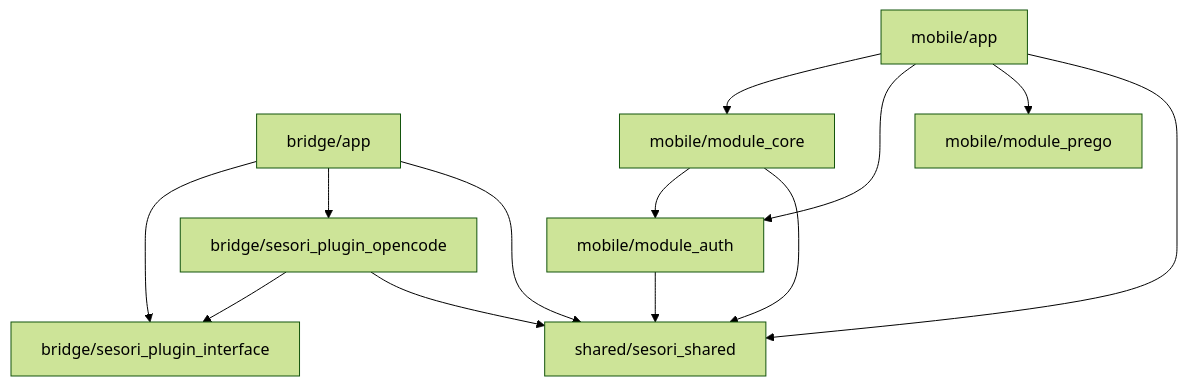
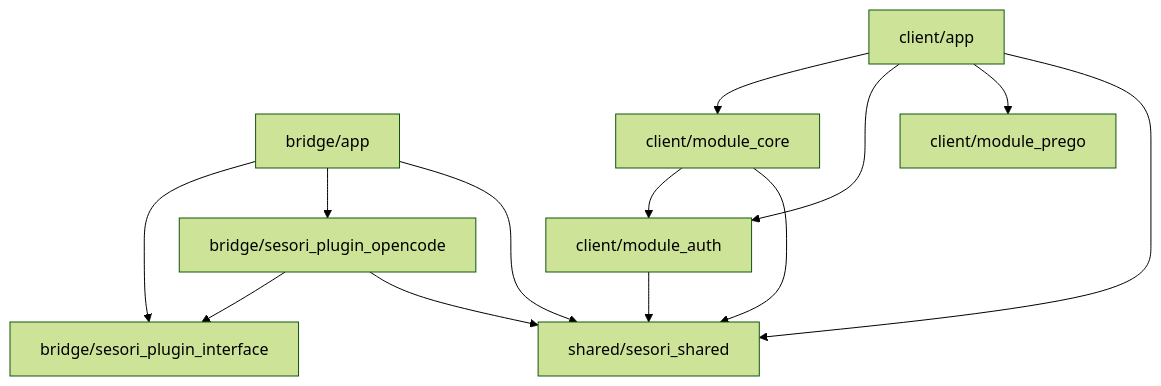
Before and after one commit to sesori-ai/sesori_apps_monorepo: the first of 2 diagrams in README.md, drawn with Mermaid (forest theme). The commit also changed other lines of this file and 671 other files, not shown here.

First line of the commit message:
chore: rename mobile/ workspace to client/ (Phase 0, PR 0.1)

````diff
--- a/README.md
+++ b/README.md
@@ -43,15 +43,15 @@
 ```mermaid
 graph TD
   bridge_app[bridge/app] --> sesori_plugin_interface[bridge/sesori_plugin_interface]
   bridge_app --> sesori_plugin_opencode[bridge/sesori_plugin_opencode]
   bridge_app --> sesori_shared[shared/sesori_shared]
   sesori_plugin_opencode --> sesori_plugin_interface
   sesori_plugin_opencode --> sesori_shared
-  mobile_app[mobile/app] --> module_core[mobile/module_core]
-  mobile_app --> module_auth[mobile/module_auth]
-  mobile_app --> module_prego[mobile/module_prego]
+  mobile_app[client/app] --> module_core[client/module_core]
+  mobile_app --> module_auth[client/module_auth]
+  mobile_app --> module_prego[client/module_prego]
   mobile_app --> sesori_shared
   module_core --> module_auth
   module_core --> sesori_shared
   module_auth --> sesori_shared
 ```
````
